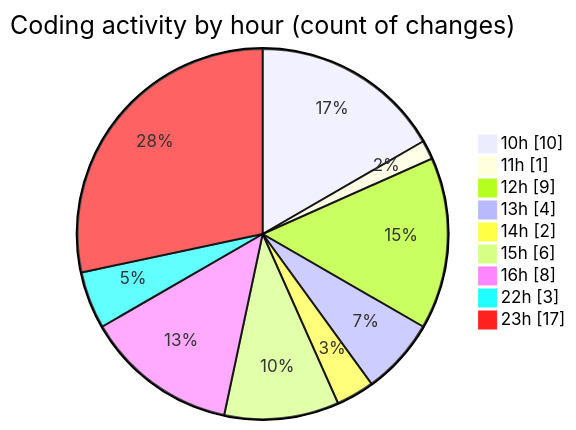
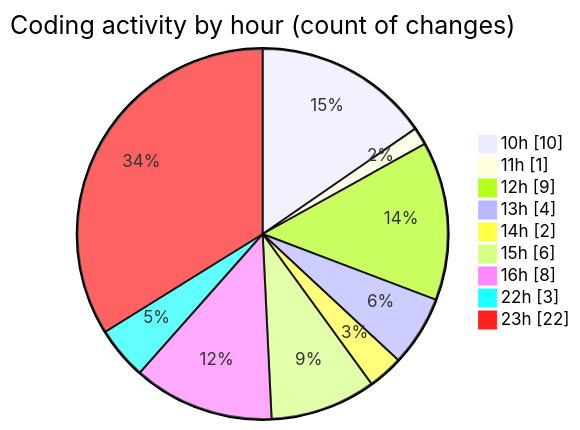
Before and after one commit to julien-gomy/code-tracking: the second of 2 diagrams in 2025-11-20/eventscop-api-guide__workspace_/README.md, drawn with Mermaid. The commit also changed other lines of this file and 1 other file, not shown here.

````diff
--- a/2025-11-20/eventscop-api-guide__workspace_/README.md
+++ b/2025-11-20/eventscop-api-guide__workspace_/README.md
@@ -46,13 +47,13 @@
 ```mermaid
 pie showData
 title Coding activity by hour (count of changes)
 "10h" : 10
 "11h" : 1
 "12h" : 9
 "13h" : 4
 "14h" : 2
 "15h" : 6
 "16h" : 8
 "22h" : 3
-"23h" : 17
+"23h" : 22
 ```
````
